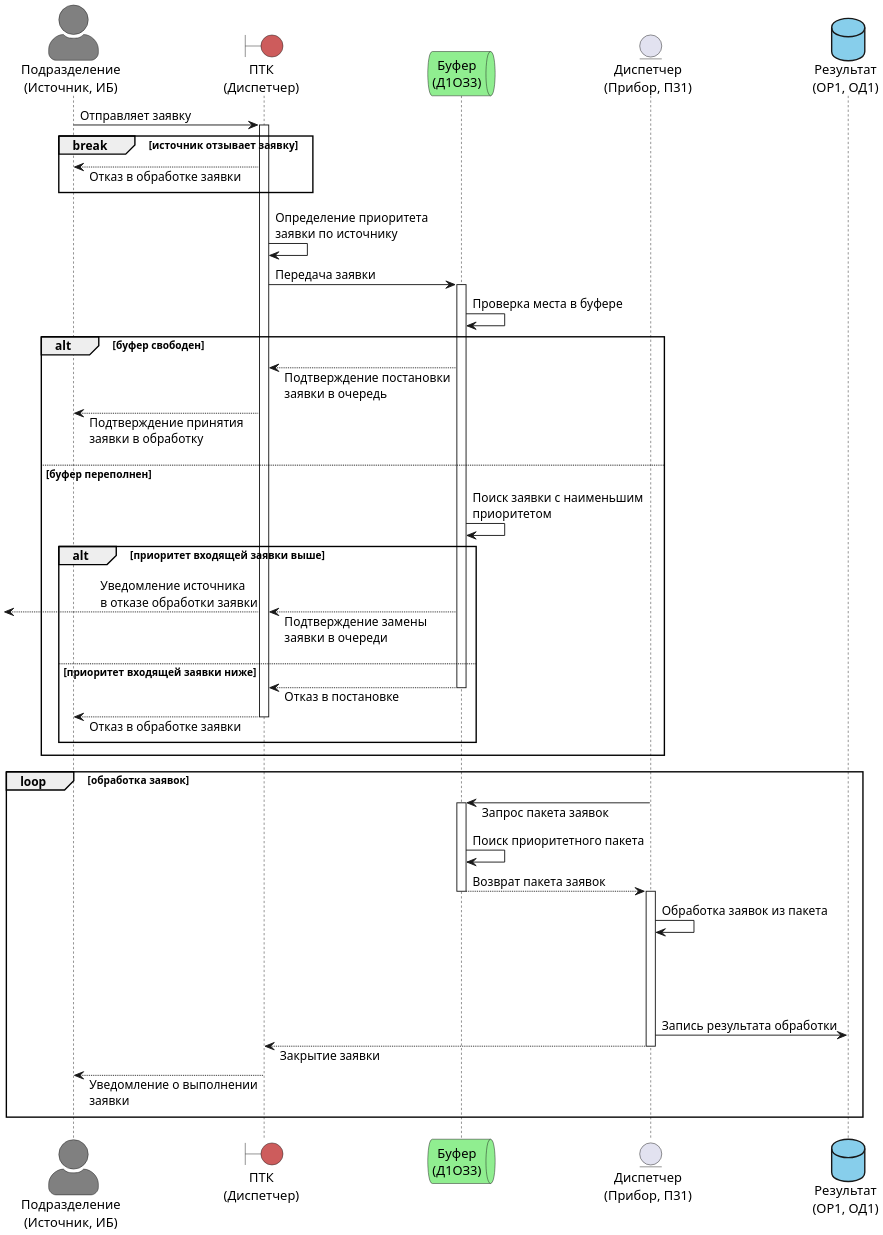
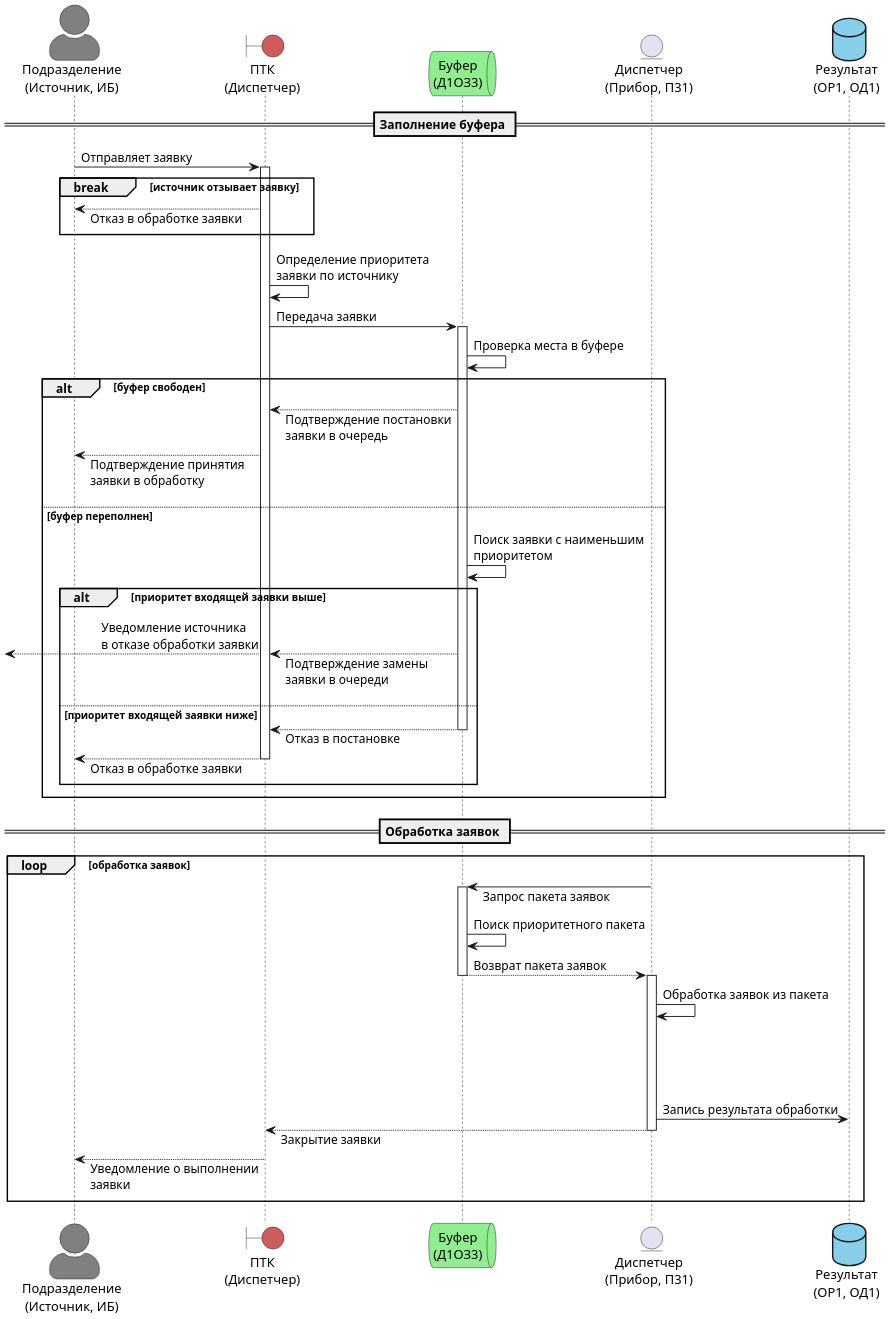
The diagram in docs/diagrams/src/sequnce.plantuml (zagric/ASS), drawn with PlantUML before and after one commit.

Commit message:
feat: split sequence to logical blocks

```diff
--- a/docs/diagrams/src/sequnce.plantuml
+++ b/docs/diagrams/src/sequnce.plantuml
@@ -1,45 +1,48 @@
 @startuml sequence-diagram
 	!pragma teoz true
 
 	skinparam ActorStyle awesome
 	skinparam ResponseMessageBelowArrow true
 	scale 2
 
 	actor 		"Подразделение\n(Источник, ИБ)"	as source #Gray
 	boundary	"ПТК\n(Диспетчер)"							as ptk #IndianRed
 	queue			"Буфер\n(Д1ОЗ3)"								as buffer #LightGreen
 	entity		"Диспетчер\n(Прибор, П31)"			as worker
 	database	"Результат\n(ОР1, ОД1)"					as db #SkyBlue
 
+	== Заполнение буфера ==
 	source	-> ptk++:			Отправляет заявку
 	break источник отзывает заявку
 		source	<-- ptk:		Отказ в обработке заявки
 	end
 	ptk			-> ptk:				Определение приоритета\nзаявки по источнику
 	ptk			-> buffer++:	Передача заявки
 	buffer	-> buffer:		Проверка места в буфере
 	alt буфер свободен
 		ptk			<-- buffer:	Подтверждение постановки\nзаявки в очередь
 		source	<-- ptk:		Подтверждение принятия\nзаявки в обработку
 	else буфер переполнен
 		buffer	-> buffer:	Поиск заявки с наименьшим\nприоритетом
 		alt приоритет входящей заявки выше
 			ptk			<-- buffer:		Подтверждение замены\nзаявки в очереди
 			&				<-- ptk:			Уведомление источника\nв отказе обработки заявки
 		else приоритет входящей заявки ниже
 			ptk			<-- buffer--:	Отказ в постановке
 			source	<-- ptk--:		Отказ в обработке заявки
 		end
 	end
 
+	== Обработка заявок ==
+
 	loop обработка заявок
 		buffer		<-	worker++:		Запрос пакета заявок
 		buffer		->	buffer:			Поиск приоритетного пакета
 		buffer		-->	worker--++:	Возврат пакета заявок
 		worker		-> worker:			Обработка заявок из пакета
 		||80||
 		worker		-> db:					Запись результата обработки
 		ptk				<-- worker--:		Закрытие заявки
 		source		<-- ptk:				Уведомление о выполнении\nзаявки
 	end
 @enduml
```
